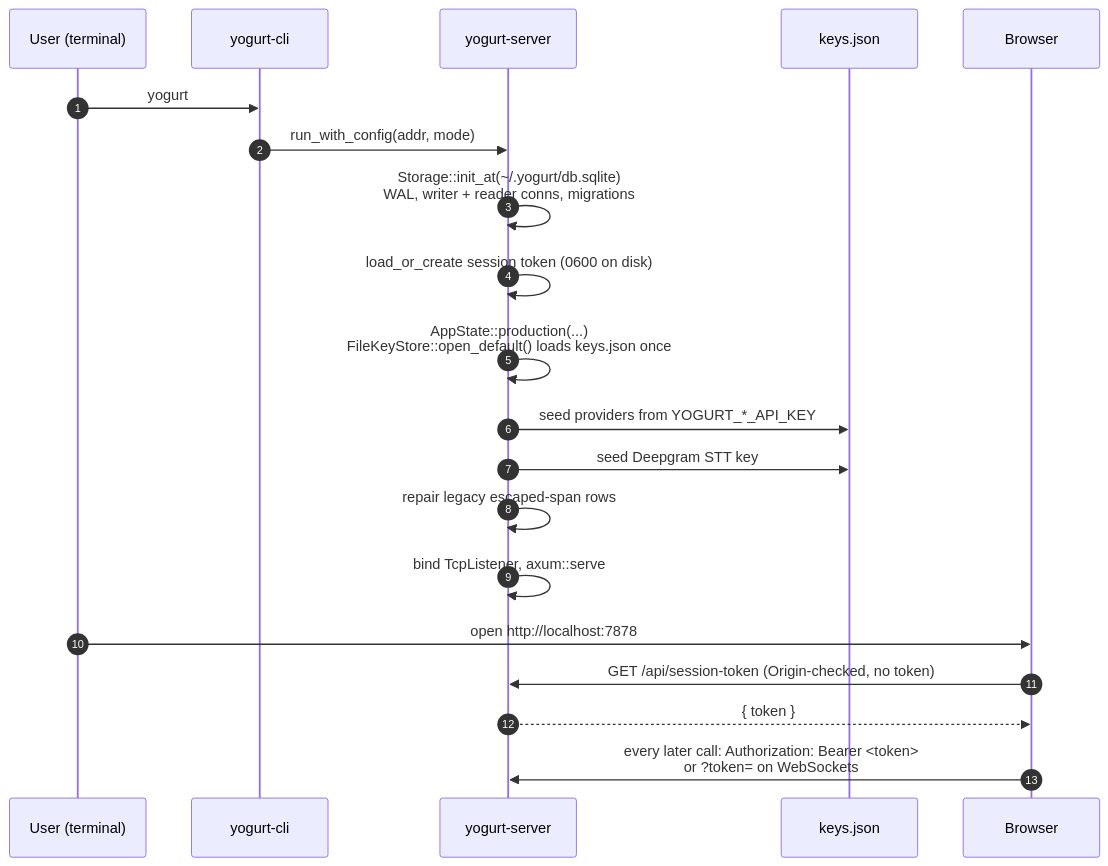
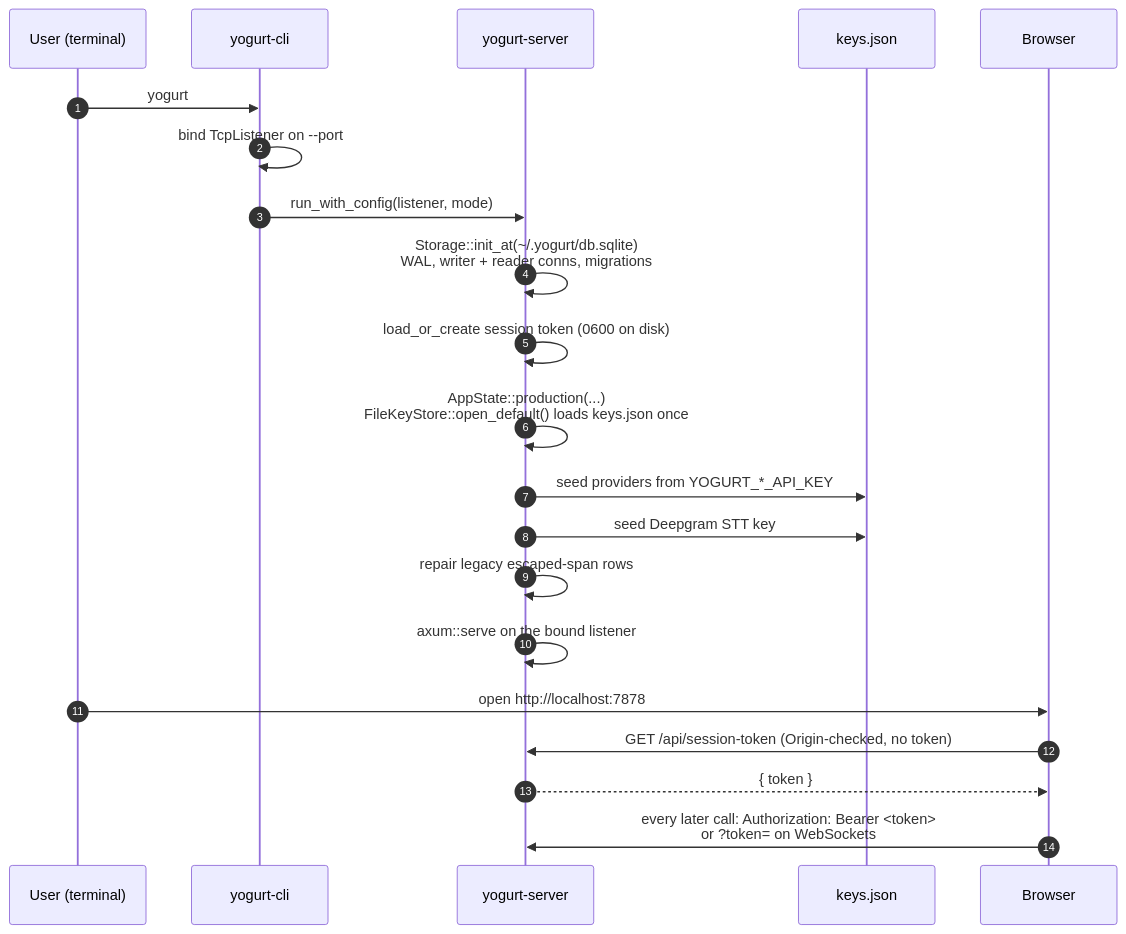
The third of 12 diagrams in docs/ARCHITECTURE.md (jarvisrchen/yogurt-open), drawn with Mermaid before and after one commit. The commit also changed other lines of this file and 30 other files, not shown here.

````diff
--- a/docs/ARCHITECTURE.md
+++ b/docs/ARCHITECTURE.md
@@ -214,23 +214,24 @@
 ```mermaid
 sequenceDiagram
     autonumber
     participant U as User (terminal)
     participant CLI as yogurt-cli
     participant S as yogurt-server
     participant KC as keys.json
     participant B as Browser
 
     U->>CLI: yogurt
-    CLI->>S: run_with_config(addr, mode)
+    CLI->>CLI: bind TcpListener on --port
+    CLI->>S: run_with_config(listener, mode)
     S->>S: Storage::init_at(~/.yogurt/db.sqlite)<br/>WAL, writer + reader conns, migrations
     S->>S: load_or_create session token (0600 on disk)
     S->>S: AppState::production(...)<br/>FileKeyStore::open_default() loads keys.json once
     S->>KC: seed providers from YOGURT_*_API_KEY
     S->>KC: seed Deepgram STT key
     S->>S: repair legacy escaped-span rows
-    S->>S: bind TcpListener, axum::serve
+    S->>S: axum::serve on the bound listener
     U->>B: open http://localhost:7878
     B->>S: GET /api/session-token (Origin-checked, no token)
     S-->>B: { token }
     B->>S: every later call: Authorization: Bearer <token><br/>or ?token= on WebSockets
 ```
````
